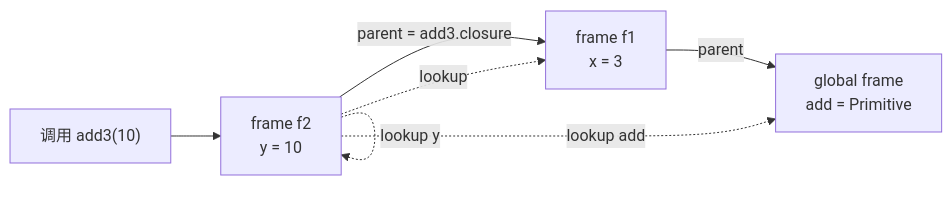
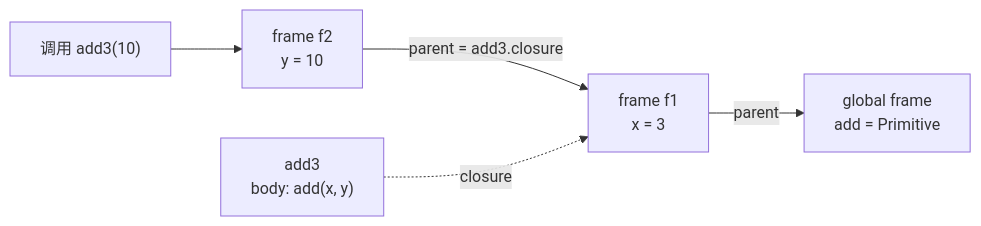
The fifth of 8 diagrams in source/_posts/composing-programs-runtime-abstraction.md (LittlePyx/LittlePyx.github.io), drawn with Mermaid before and after one commit. The commit also changed other lines of this file and 9 other files, not shown here.

```diff
--- a/source/_posts/composing-programs-runtime-abstraction.md
+++ b/source/_posts/composing-programs-runtime-abstraction.md
@@ -341,9 +357,7 @@
 {% mermaid %}
 flowchart LR
     CALL["调用 add3(10)"] --> F2["frame f2<br/>y = 10"]
-    F2 -->|parent = add3.closure| F1["frame f1<br/>x = 3"]
+    F2 -->|"parent = add3.closure"| F1["frame f1<br/>x = 3"]
     F1 -->|parent| GLOBAL["global frame<br/>add = Primitive"]
-    F2 -.lookup y.-> F2
-    F2 -.lookup x.-> F1
-    F2 -.lookup add.-> GLOBAL
+    ADD3["add3<br/>body: add(x, y)"] -.closure.-> F1
 {% endmermaid %}
```
